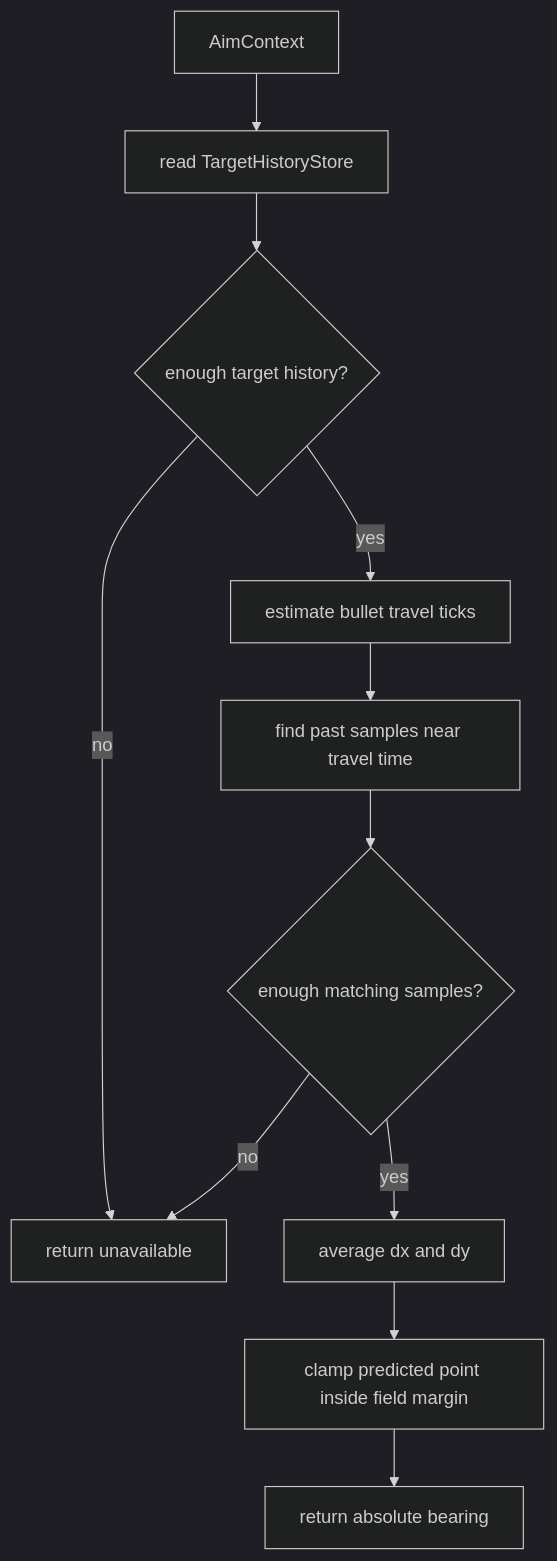
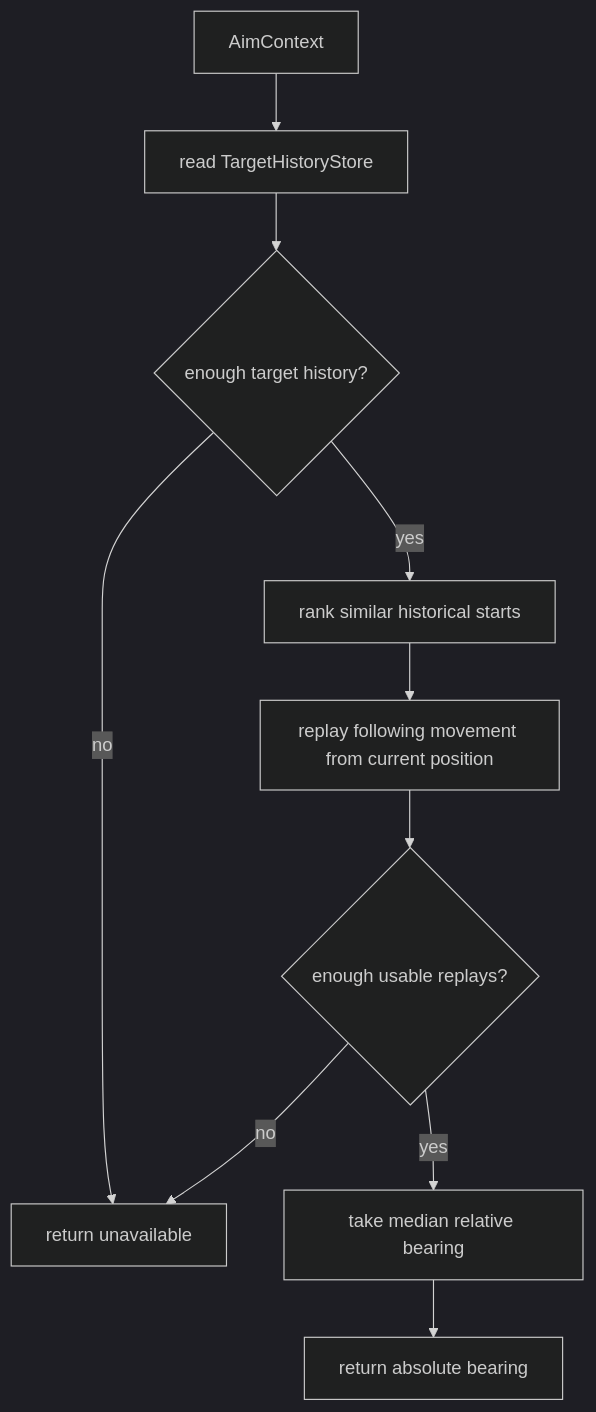
One commit to fduch-stranger/robocode-bot changed the diagram in bots/bot_core/gun/guns/displacement/README.md. Above: the diagram before and after it, drawn with Mermaid (dark theme). The commit also changed other lines of this file and 15 other files, not shown here.

````diff
--- a/bots/bot_core/gun/guns/displacement/README.md
+++ b/bots/bot_core/gun/guns/displacement/README.md
@@ -29,13 +35,12 @@
 ```mermaid
 flowchart TD
     A["AimContext"] --> B["read TargetHistoryStore"]
     B --> C{"enough target history?"}
     C -- "no" --> D["return unavailable"]
-    C -- "yes" --> E["estimate bullet travel ticks"]
-    E --> F["find past samples near travel time"]
-    F --> G{"enough matching samples?"}
+    C -- "yes" --> E["rank similar historical starts"]
+    E --> F["replay following movement from current position"]
+    F --> G{"enough usable replays?"}
     G -- "no" --> D
-    G -- "yes" --> H["average dx and dy"]
-    H --> I["clamp predicted point inside field margin"]
-    I --> J["return absolute bearing"]
+    G -- "yes" --> H["take median relative bearing"]
+    H --> I["return absolute bearing"]
 ```
````
